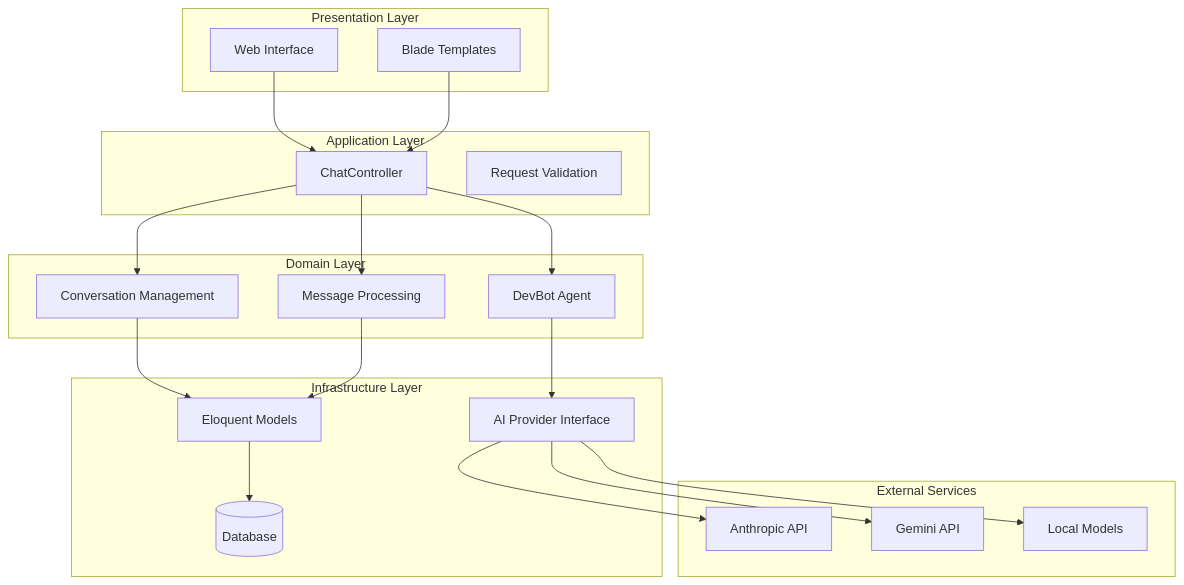
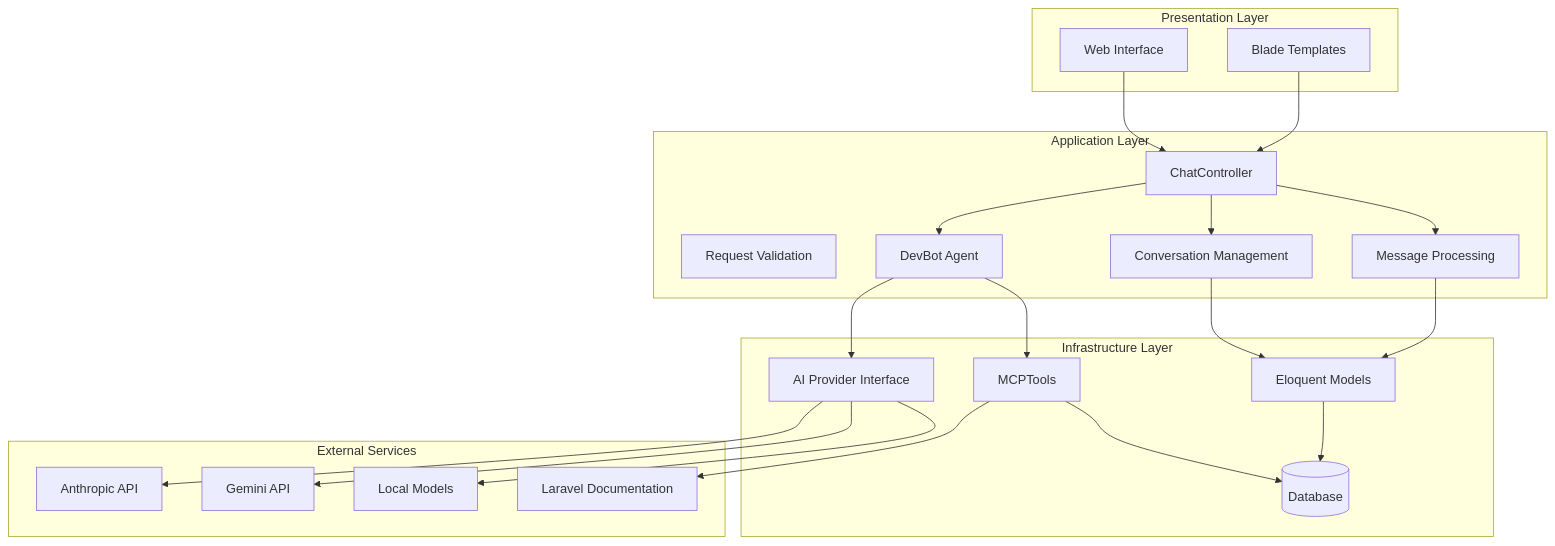
One commit to siimliimand/laravel-assistant changed the first of 17 diagrams in .qoder/repowiki/en/content/AI Integration System/Agent System/DevBot AI Agent System.md. Above: the diagram before and after it, drawn with Mermaid. The commit also changed other lines of this file and 4 other files, not shown here.

````diff
--- a/.qoder/repowiki/en/content/AI Integration System/Agent System/DevBot AI Agent System.md
+++ b/.qoder/repowiki/en/content/AI Integration System/Agent System/DevBot AI Agent System.md
@@ -47,38 +58,41 @@
 ```mermaid
 graph TB
 subgraph "Presentation Layer"
 UI[Web Interface]
 Blade[Blade Templates]
 end
 subgraph "Application Layer"
 Controller[ChatController]
 Middleware[Request Validation]
-end
-subgraph "Domain Layer"
 Agent[DevBot Agent]
 Conversation[Conversation Management]
 Message[Message Processing]
 end
 subgraph "Infrastructure Layer"
 Models[Eloquent Models]
 Database[(Database)]
 AI_Provider[AI Provider Interface]
+Tools[MCPTools]
 end
 subgraph "External Services"
 Anthropic[Anthropic API]
 Gemini[Gemini API]
 Local[Local Models]
+Docs[Laravel Documentation]
 end
 UI --> Controller
 Blade --> Controller
 Controller --> Agent
 Controller --> Conversation
 Controller --> Message
 Agent --> AI_Provider
+Agent --> Tools
+Tools --> Database
+Tools --> Docs
 Conversation --> Models
 Message --> Models
 Models --> Database
 AI_Provider --> Anthropic
 AI_Provider --> Gemini
 AI_Provider --> Local
 ```
````
